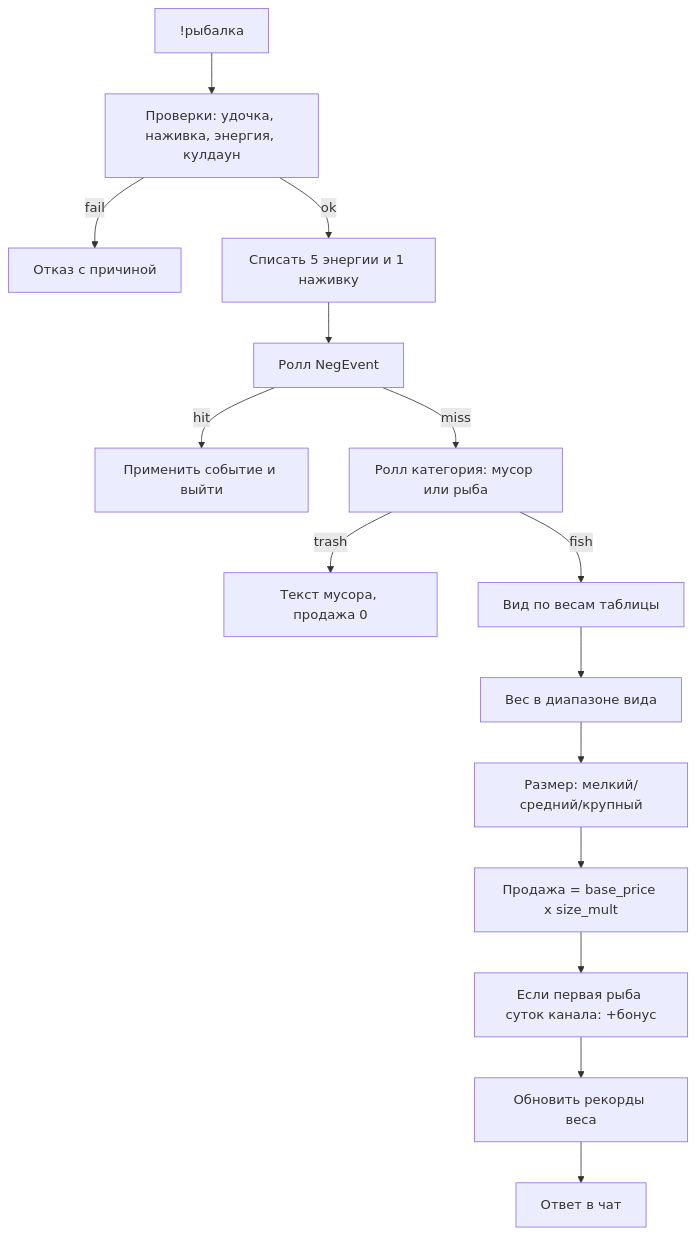
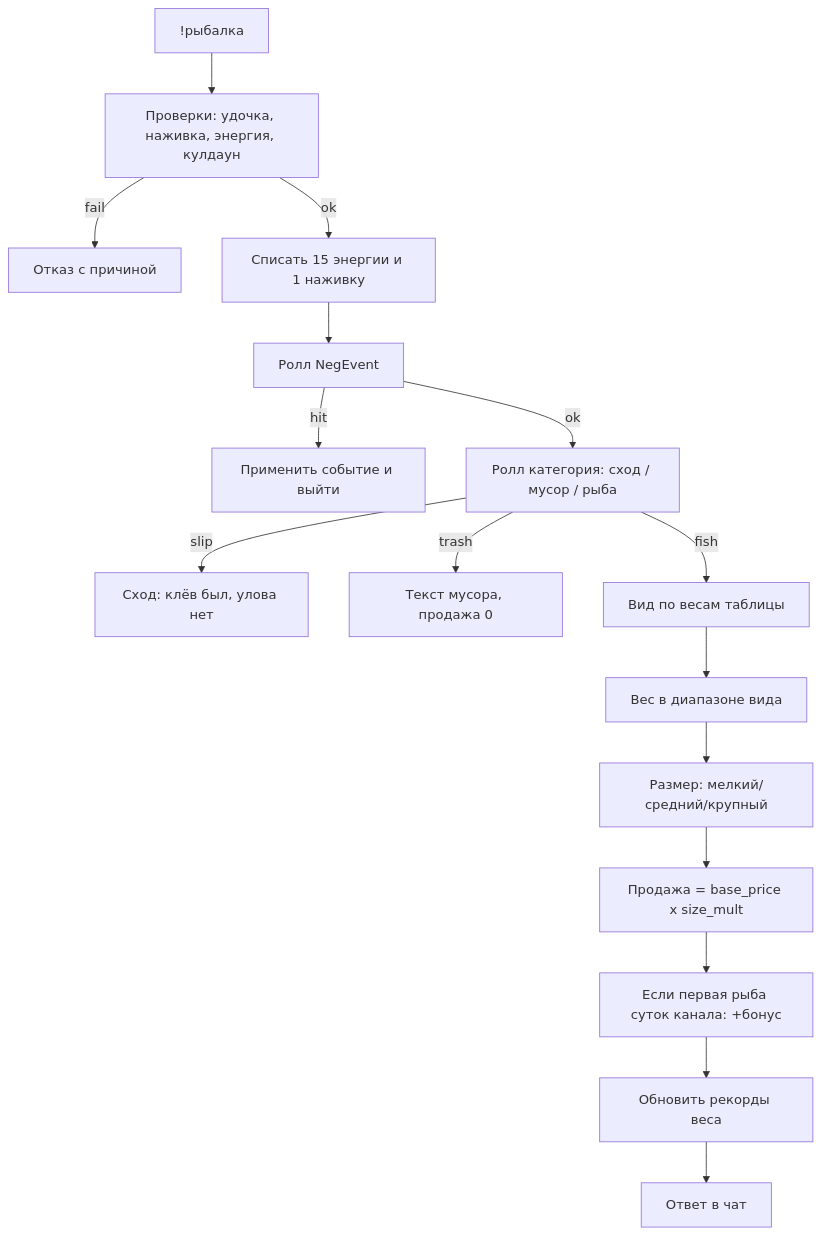
The diagram in docs/fishing-tz.md (klon008/ggchatbot), drawn with Mermaid before and after one commit. The commit also changed other lines of this file and 3 other files, not shown here.

````diff
--- a/docs/fishing-tz.md
+++ b/docs/fishing-tz.md
@@ -103,17 +103,18 @@
 ```mermaid
 flowchart TD
   cmd["!рыбалка"] --> checks["Проверки: удочка, наживка, энергия, кулдаун"]
   checks -->|fail| deny["Отказ с причиной"]
-  checks -->|ok| pay["Списать 5 энергии и 1 наживку"]
+  checks -->|ok| pay["Списать 15 энергии и 1 наживку"]
   pay --> rollEvent["Ролл NegEvent"]
   rollEvent -->|hit| applyNeg["Применить событие и выйти"]
-  rollEvent -->|miss| rollCat["Ролл категория: мусор или рыба"]
+  rollEvent -->|ok| rollCat["Ролл категория: сход / мусор / рыба"]
+  rollCat -->|slip| missMsg["Сход: клёв был, улова нет"]
   rollCat -->|trash| trashMsg["Текст мусора, продажа 0"]
   rollCat -->|fish| rollFish["Вид по весам таблицы"]
   rollFish --> rollWeight["Вес в диапазоне вида"]
   rollWeight --> sizeBucket["Размер: мелкий/средний/крупный"]
   sizeBucket --> sell["Продажа = base_price x size_mult"]
   sell --> firstDay["Если первая рыба суток канала: +бонус"]
   firstDay --> records["Обновить рекорды веса"]
   records --> reply["Ответ в чат"]
 ```
````
